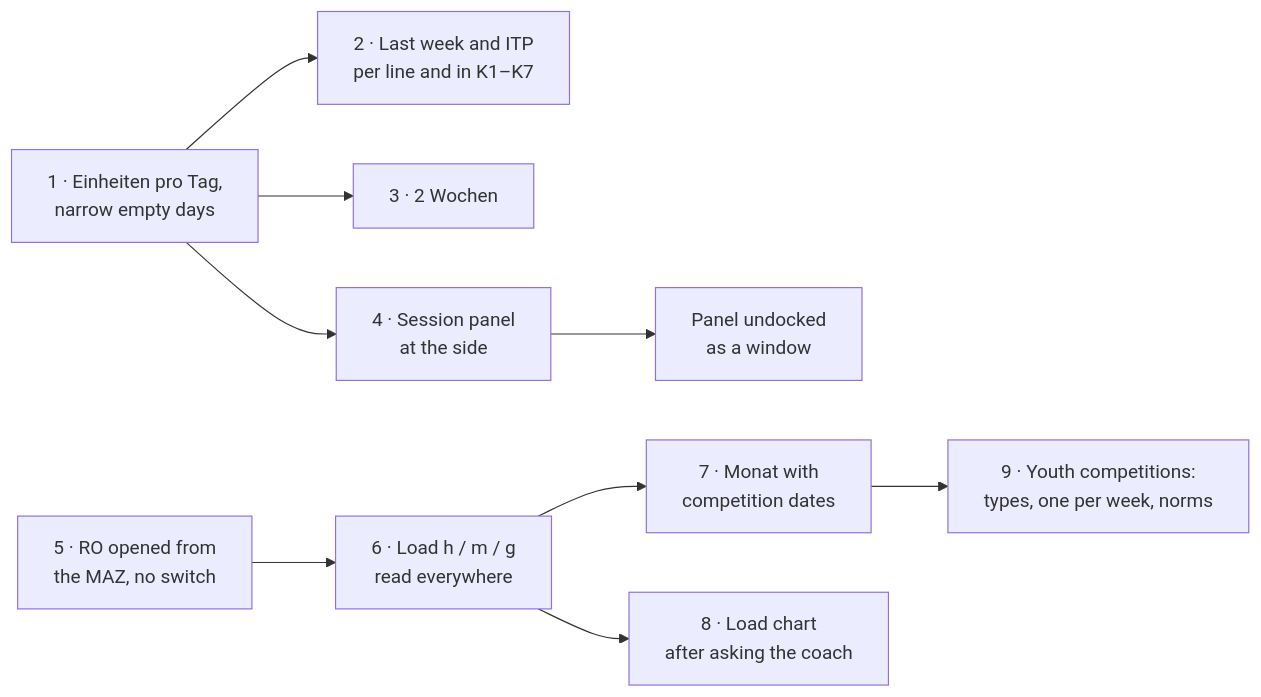
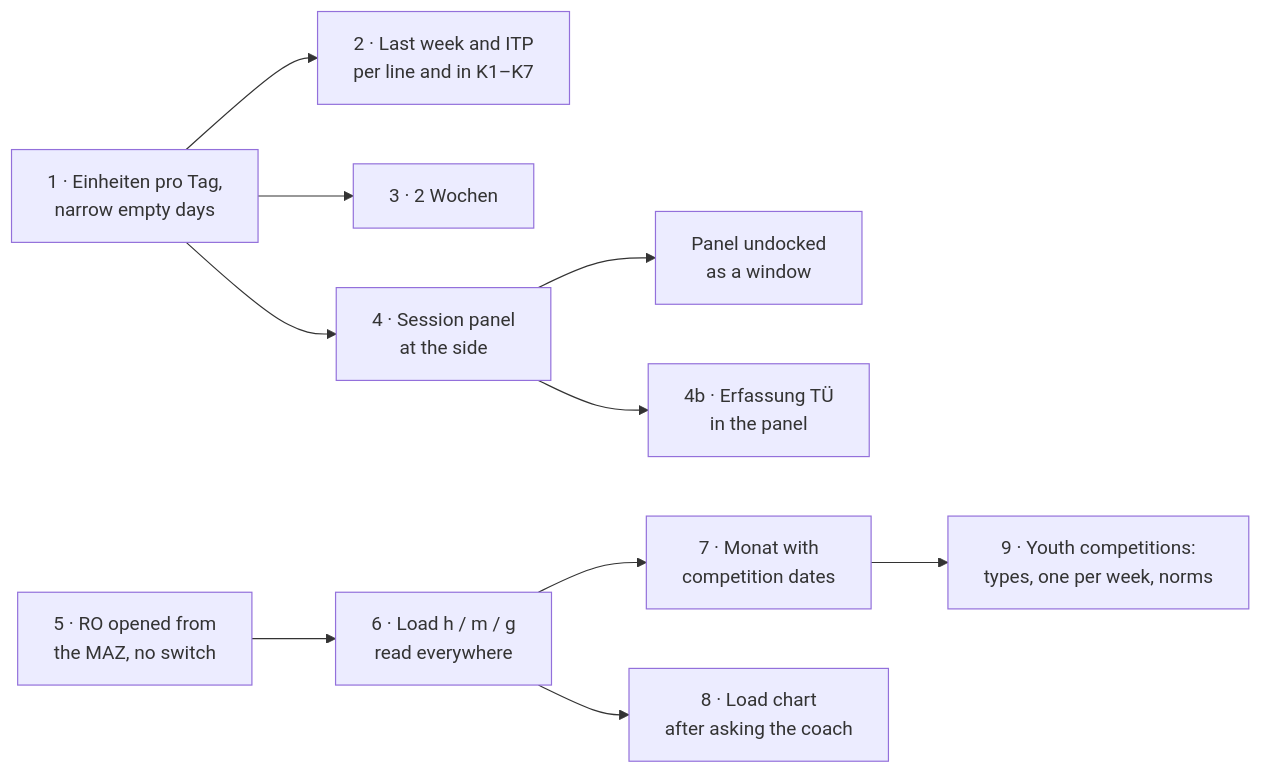
Before and after one commit to iam-peter/trainingsplaner: the diagram in docs/UX-PLAN.md, drawn with Mermaid. The commit also changed other lines of this file and 4 other files, not shown here.

````diff
--- a/docs/UX-PLAN.md
+++ b/docs/UX-PLAN.md
@@ -448,11 +455,12 @@
 ```mermaid
 flowchart LR
     A["1 · Einheiten pro Tag,<br/>narrow empty days"] --> B["2 · Last week and ITP<br/>per line and in K1–K7"]
     A --> C["3 · 2 Wochen"]
     A --> D["4 · Session panel<br/>at the side"]
     D --> E["Panel undocked<br/>as a window"]
+    D --> D2["4b · Erfassung TÜ<br/>in the panel"]
     F["5 · RO opened from<br/>the MAZ, no switch"] --> G["6 · Load h / m / g<br/>read everywhere"]
     G --> H["7 · Monat with<br/>competition dates"]
     G --> I["8 · Load chart<br/>after asking the coach"]
     H --> J["9 · Youth competitions:<br/>types, one per week, norms"]
 ```
````
